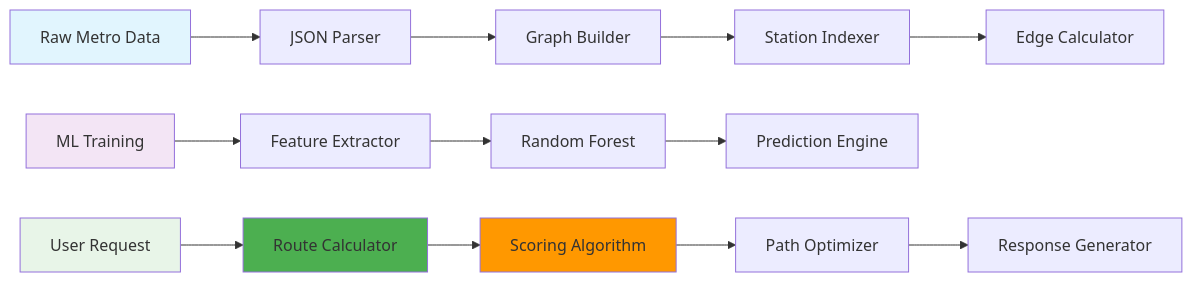
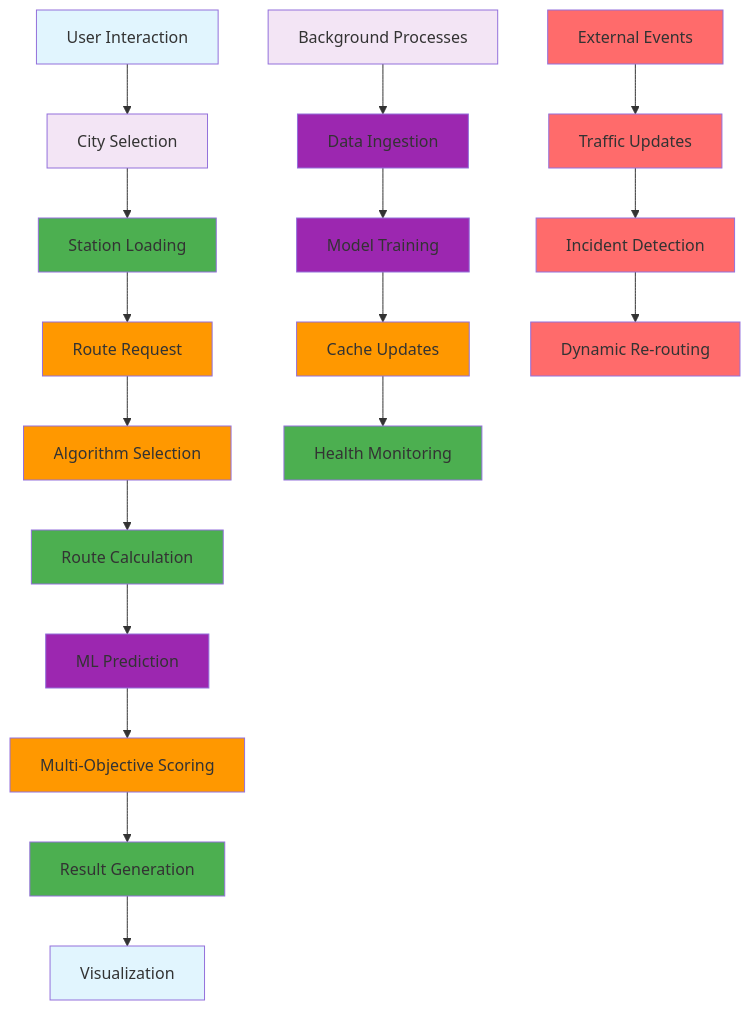
One commit to prachichoudhary2004/intelligent-metro-route-optimization changed the second of 4 diagrams in README.md. Above: the diagram before and after it, drawn with Mermaid. The commit also changed other lines of this file, not shown here.

````diff
--- a/README.md
+++ b/README.md
@@ -519,22 +147,41 @@
 ```mermaid
-flowchart LR
-    A[Raw Metro Data] --> B[JSON Parser]
-    B --> C[Graph Builder]
-    C --> D[Station Indexer]
-    D --> E[Edge Calculator]
+flowchart TD
+    A[User Interaction] --> B[City Selection]
+    B --> C[Station Loading]
+    C --> D[Route Request]
+    D --> E[Algorithm Selection]
+    E --> F[Route Calculation]
+    F --> G[ML Prediction]
+    G --> H[Multi-Objective Scoring]
+    H --> I[Result Generation]
+    I --> J[Visualization]
     
-    F[ML Training] --> G[Feature Extractor]
-    G --> H[Random Forest]
-    H --> I[Prediction Engine]
+    K[Background Processes] --> L[Data Ingestion]
+    L --> M[Model Training]
+    M --> N[Cache Updates]
+    N --> O[Health Monitoring]
     
-    J[User Request] --> K[Route Calculator]
-    K --> L[Scoring Algorithm]
-    L --> M[Path Optimizer]
-    M --> N[Response Generator]
+    P[External Events] --> Q[Traffic Updates]
+    Q --> R[Incident Detection]
+    R --> S[Dynamic Re-routing]
     
     style A fill:#e1f5fe
-    style F fill:#f3e5f5
-    style J fill:#e8f5e8
-    style K fill:#4caf50
-    style L fill:#ff9800
+    style B fill:#f3e5f5
+    style C fill:#4caf50
+    style D fill:#ff9800
+    style E fill:#ff9800
+    style F fill:#4caf50
+    style G fill:#9c27b0
+    style H fill:#ff9800
+    style I fill:#4caf50
+    style J fill:#e1f5fe
+    style K fill:#f3e5f5
+    style L fill:#9c27b0
+    style M fill:#9c27b0
+    style N fill:#ff9800
+    style O fill:#4caf50
+    style P fill:#ff6b6b
+    style Q fill:#ff6b6b
+    style R fill:#ff6b6b
+    style S fill:#ff6b6b
 ```
````
